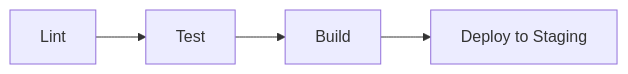
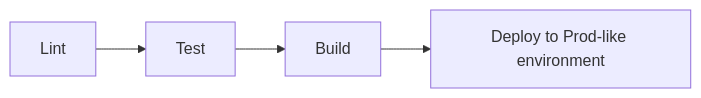
Before and after one commit to lgpalnau/ci-cd-examples: the first of 4 diagrams in README.md, drawn with Mermaid. The commit also changed other lines of this file, not shown here.

Commit message:
docs: update CI/CD workflow diagrams and descriptions in README

````diff
--- a/README.md
+++ b/README.md
@@ -12,6 +13,6 @@
 ```mermaid
 graph LR
     A[Lint] --> B[Test]
     B --> C[Build]
-    C --> D[Deploy to Staging]
+    C --> D[Deploy to Prod-like environment]
 ```
````
